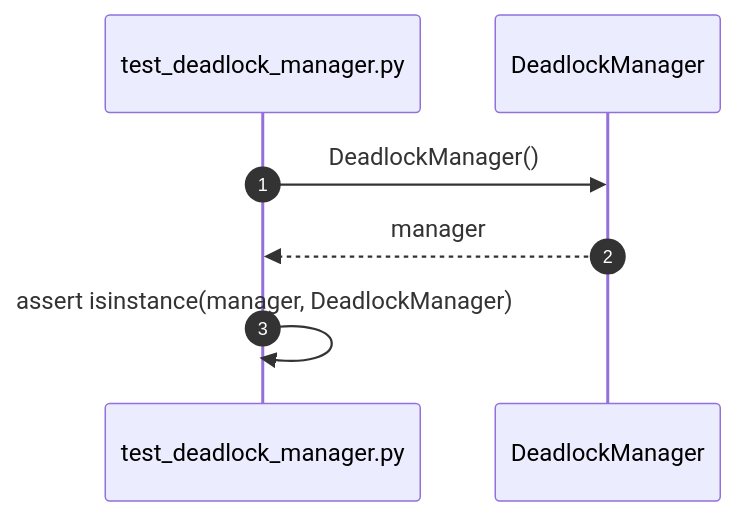
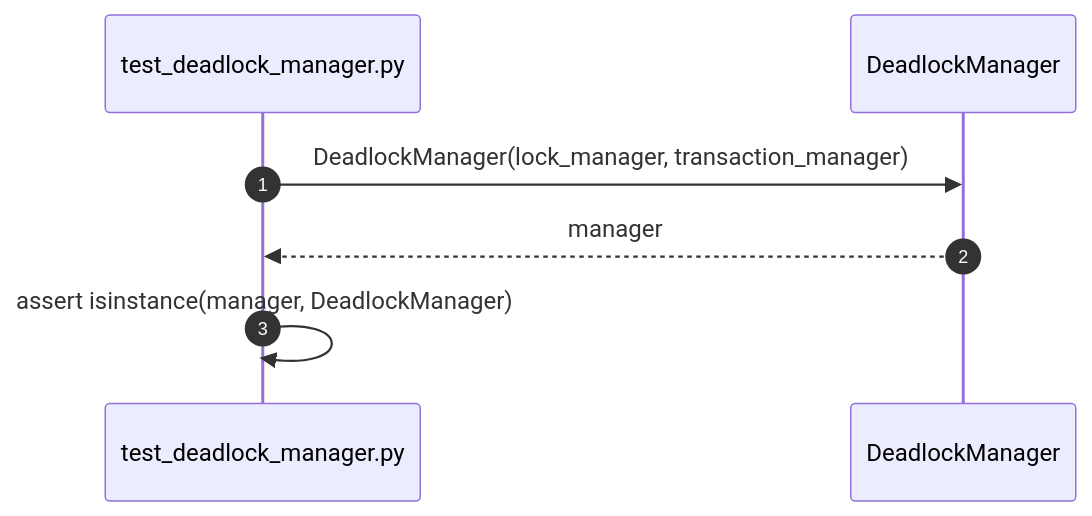
Before and after one commit to taitran501/DBMS: the seventh of 52 diagrams in diagrams/sequence/transaction.md, drawn with Mermaid. The commit also changed other lines of this file and 6 other files, not shown here.

Commit message:
define Transaction unit test

````diff
--- a/diagrams/sequence/transaction.md
+++ b/diagrams/sequence/transaction.md
@@ -107,10 +107,10 @@
 ```mermaid
 sequenceDiagram
     autonumber
     participant Test as test_deadlock_manager.py
     participant SUT as DeadlockManager
 
-    Test->>SUT: DeadlockManager()
+    Test->>SUT: DeadlockManager(lock_manager, transaction_manager)
     SUT-->>Test: manager
     Test->>Test: assert isinstance(manager, DeadlockManager)
 ```
````
